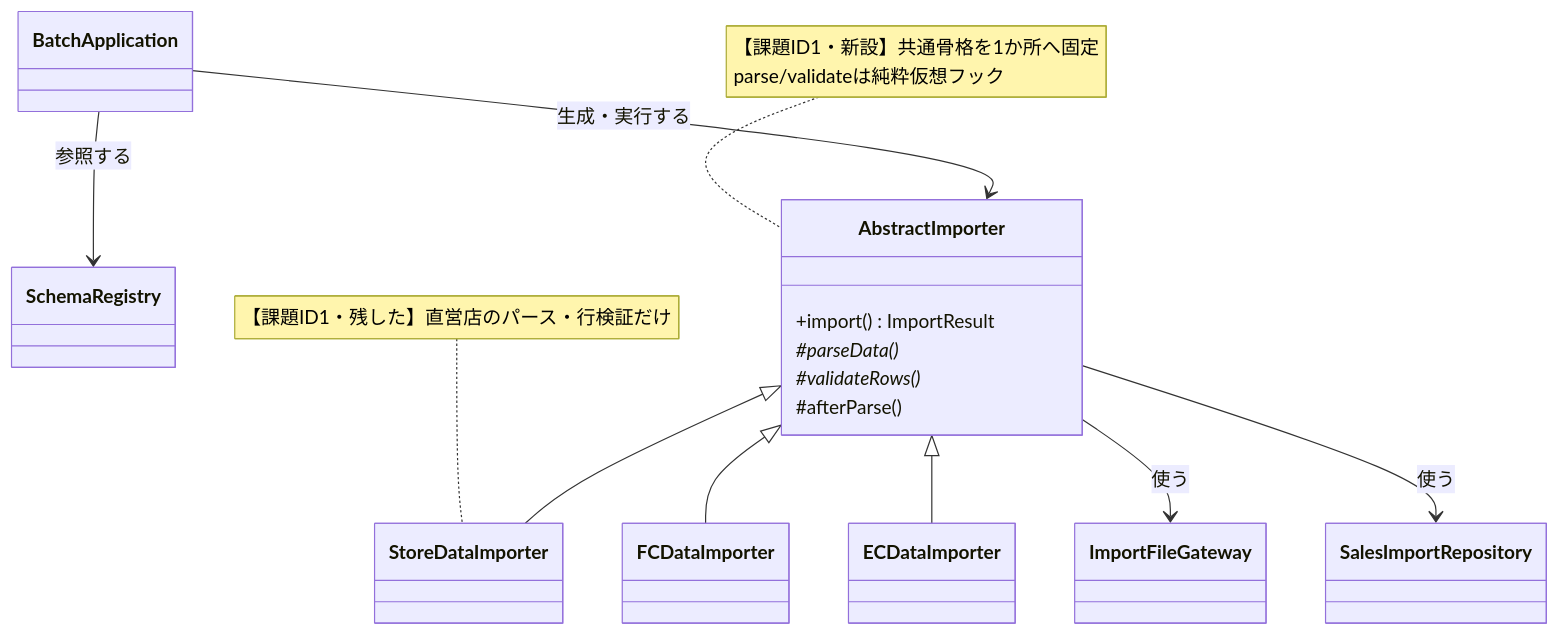
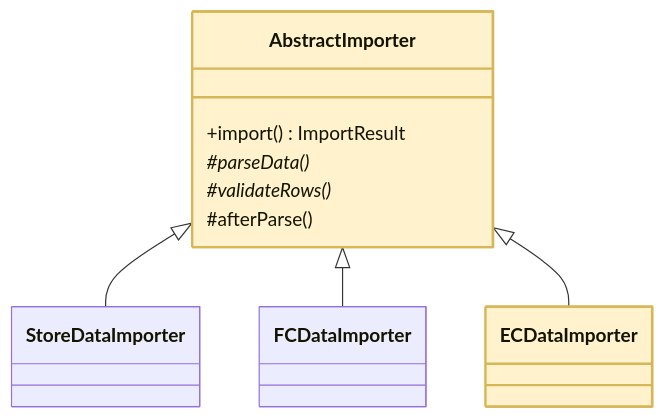
The tenth of 19 diagrams in kindle/design-patterns/output/chapter04.md (kumachan1101-pixel/DesignPattern), drawn with Mermaid before and after one commit. The commit also changed other lines of this file and 3 other files, not shown here.

````diff
--- a/kindle/design-patterns/output/chapter04.md
+++ b/kindle/design-patterns/output/chapter04.md
@@ -1604,31 +1841,18 @@
 ```mermaid
 classDiagram
-    direction TB
-    class SchemaRegistry
-    class ImportFileGateway
-    class SalesImportRepository
-    class BatchApplication
     class AbstractImporter {
         +import() ImportResult
         #parseData()*
         #validateRows()*
         #afterParse()
     }
     class StoreDataImporter
     class FCDataImporter
     class ECDataImporter
-
     AbstractImporter <|-- StoreDataImporter
     AbstractImporter <|-- FCDataImporter
     AbstractImporter <|-- ECDataImporter
-    AbstractImporter --> ImportFileGateway : 使う
-    AbstractImporter --> SalesImportRepository : 使う
-    BatchApplication --> SchemaRegistry : 参照する
-    BatchApplication --> AbstractImporter : 生成・実行する
-
-    note for AbstractImporter "【課題ID1・新設】共通骨格を1か所へ固定<br/>parse/validateは純粋仮想フック"
-    note for StoreDataImporter "【課題ID1・残した】直営店のパース・行検証だけ"
-
-    classDef focus fill:#FFF2CC,stroke:#D6B656,stroke-width:2px,color:#222222
-    cssClass "AbstractImporter,StoreDataImporter,FCDataImporter,ECDataImporter" focus
+    class AbstractImporter:::focus
+    class ECDataImporter:::focus
+    classDef focus fill:#FFF2CC,stroke:#D6B656,stroke-width:2px
 ```
````
